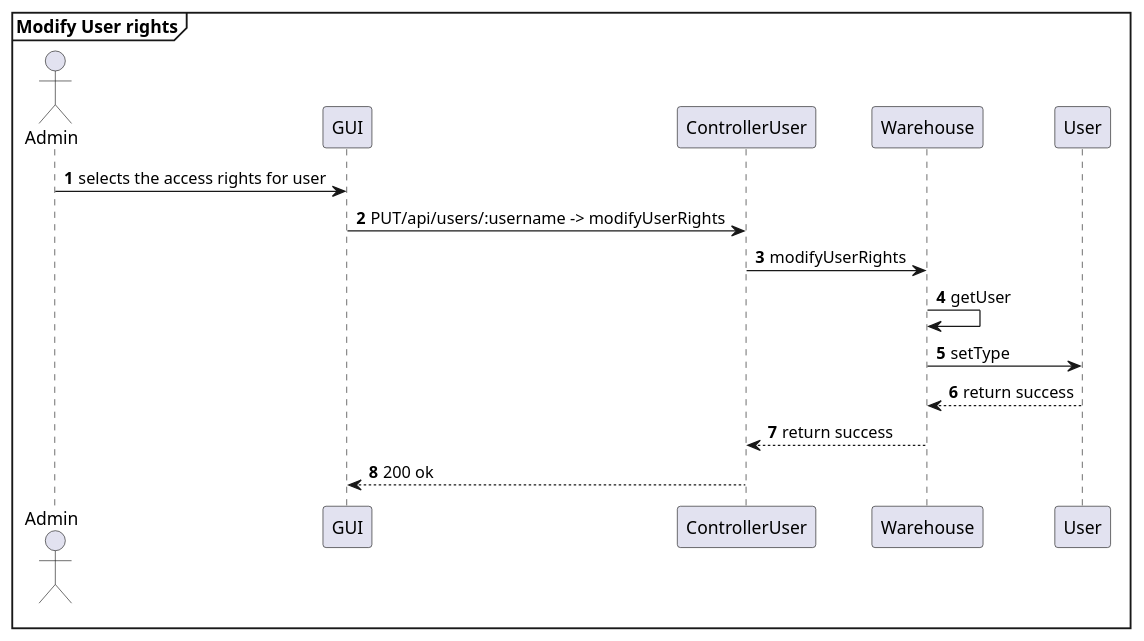
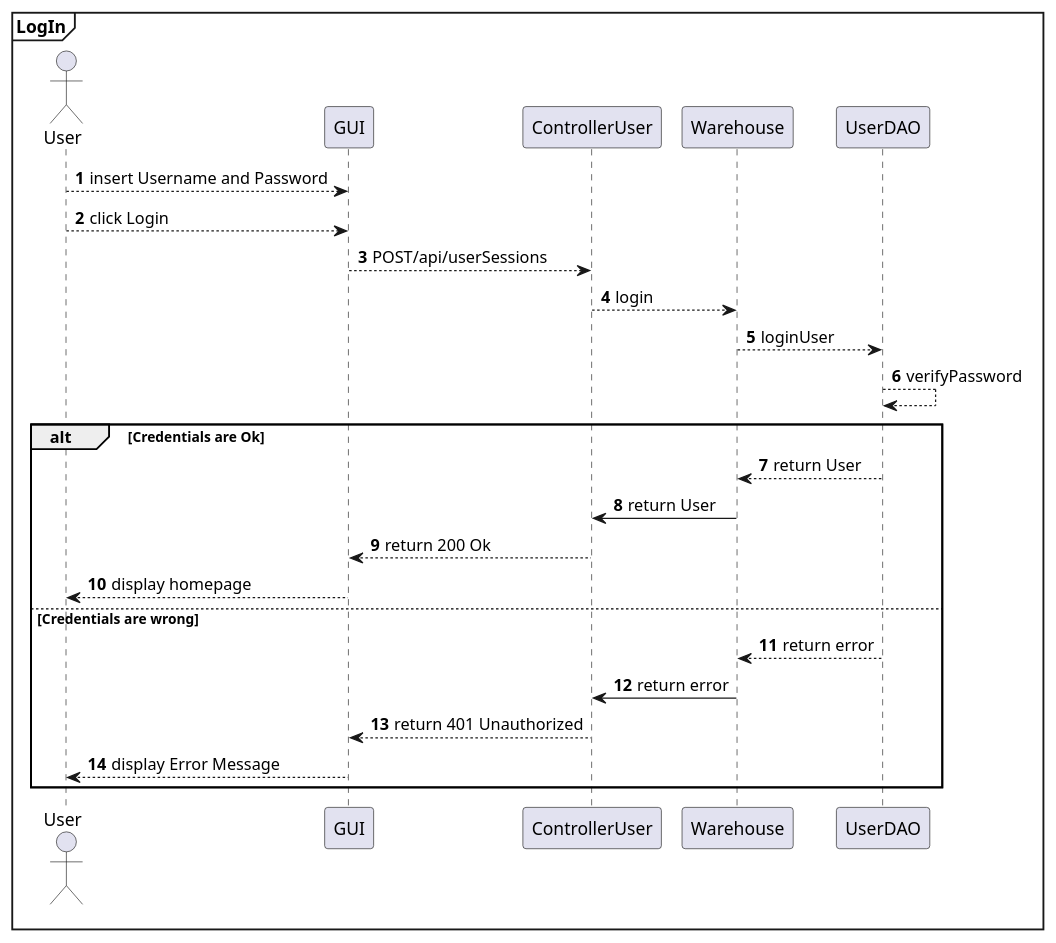
One commit to AlexZampa/EzWh changed the ninth of 22 diagrams in DesignDocument.md. Above: the diagram before and after it, drawn with PlantUML. The commit also changed other lines of this file and 1 other file, not shown here.

Commit message:
modified sequence diagrams of Design document

````diff
--- a/DesignDocument.md
+++ b/DesignDocument.md
@@ -970,21 +824,29 @@
 ```plantuml
 @startuml
-mainframe **Modify User rights**
-actor Admin
+mainframe **LogIn**
+actor User
 participant GUI
 participant ControllerUser
 participant Warehouse
-participant User
+participant UserDAO
 
 autonumber
-Admin -> GUI : selects the access rights for user 
-GUI -> ControllerUser : PUT/api/users/:username -> modifyUserRights
-ControllerUser -> Warehouse : modifyUserRights
-Warehouse -> Warehouse : getUser
-Warehouse -> User : setType
-Warehouse <-- User : return success
-ControllerUser <-- Warehouse : return success
-GUI <-- ControllerUser : 200 ok
-
+User --> GUI : insert Username and Password
+User --> GUI : click Login
+GUI --> ControllerUser : POST/api/userSessions
+ControllerUser --> Warehouse : login
+Warehouse --> UserDAO : loginUser
+UserDAO --> UserDAO : verifyPassword
+alt Credentials are Ok
+  Warehouse <-- UserDAO : return User
+  ControllerUser <- Warehouse : return User
+  GUI <-- ControllerUser : return 200 Ok
+  User <-- GUI : display homepage
+else Credentials are wrong
+  Warehouse <-- UserDAO : return error
+  ControllerUser <- Warehouse : return error
+  GUI <-- ControllerUser : return 401 Unauthorized
+  User <-- GUI : display Error Message
+end
 @enduml
 ```
````
